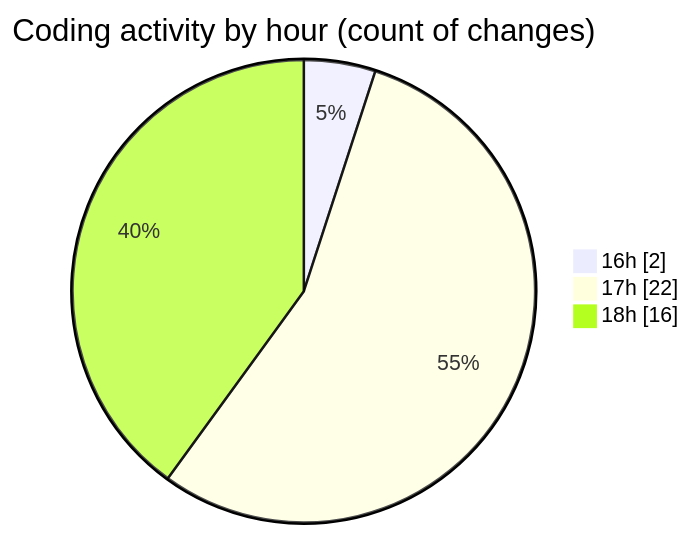
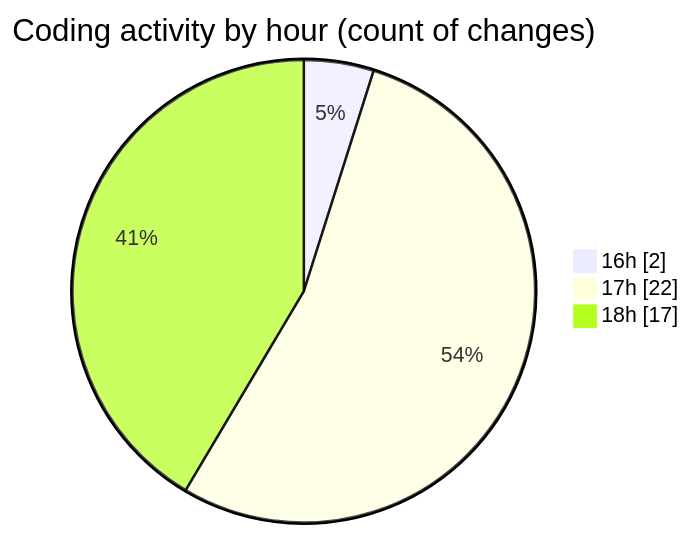
The second of 2 diagrams in 2025-01-24/react/README.md (Elitesun/code-tracking), drawn with Mermaid before and after one commit. The commit also changed other lines of this file and 1 other file, not shown here.

````diff
--- a/2025-01-24/react/README.md
+++ b/2025-01-24/react/README.md
@@ -35,7 +36,7 @@
 ```mermaid
 pie showData
 title Coding activity by hour (count of changes)
 "16h" : 2
 "17h" : 22
-"18h" : 16
+"18h" : 17
 ```
````
